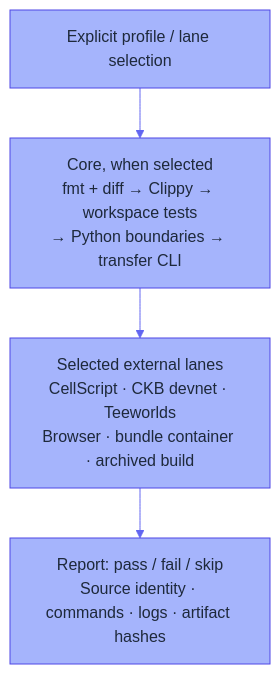
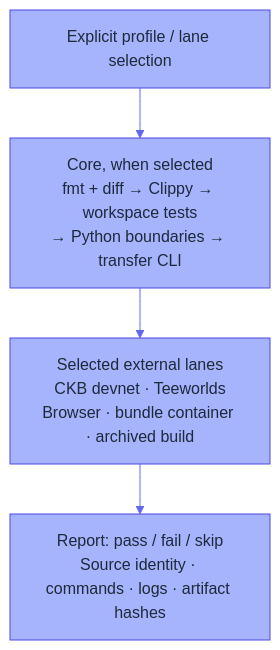
Before and after one commit to Myelin-Labs/Myelin: the tenth of 10 diagrams in docs/reference/architecture-diagrams.md, drawn with Mermaid. The commit also changed other lines of this file and 55 other files, not shown here.

Commit message:
Decouple CellScript tooling behind a generic contract artifact boundary

````diff
--- a/docs/reference/architecture-diagrams.md
+++ b/docs/reference/architecture-diagrams.md
@@ -353,22 +353,22 @@
 ```mermaid
 %%{init: {
   "theme": "base",
   "themeVariables": {
     "primaryColor": "#A5B4FC",
     "primaryTextColor": "#1E293B",
     "primaryBorderColor": "#4F46E5",
     "lineColor": "#6366F1",
     "secondaryColor": "#C7D2FE",
     "tertiaryColor": "#C7D2FE"
   }
 }}%%
 flowchart TB
     A["Explicit profile / lane selection"]:::step
     B["Core, when selected<br/>fmt + diff → Clippy → workspace tests<br/>→ Python boundaries → transfer CLI"]:::step
-    C["Selected external lanes<br/>CellScript · CKB devnet · Teeworlds<br/>Browser · bundle container · archived build"]:::step
+    C["Selected external lanes<br/>CKB devnet · Teeworlds<br/>Browser · bundle container · archived build"]:::step
     D["Report: pass / fail / skip<br/>Source identity · commands · logs · artifact hashes"]:::step
 
     A --> B --> C --> D
 
     classDef step fill:#A5B4FC,stroke:#4F46E5,color:#1E293B;
 ```
````
